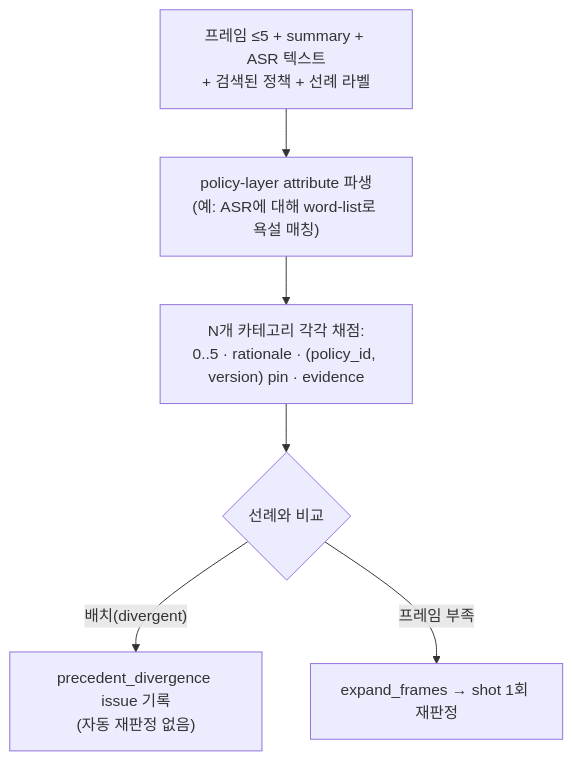
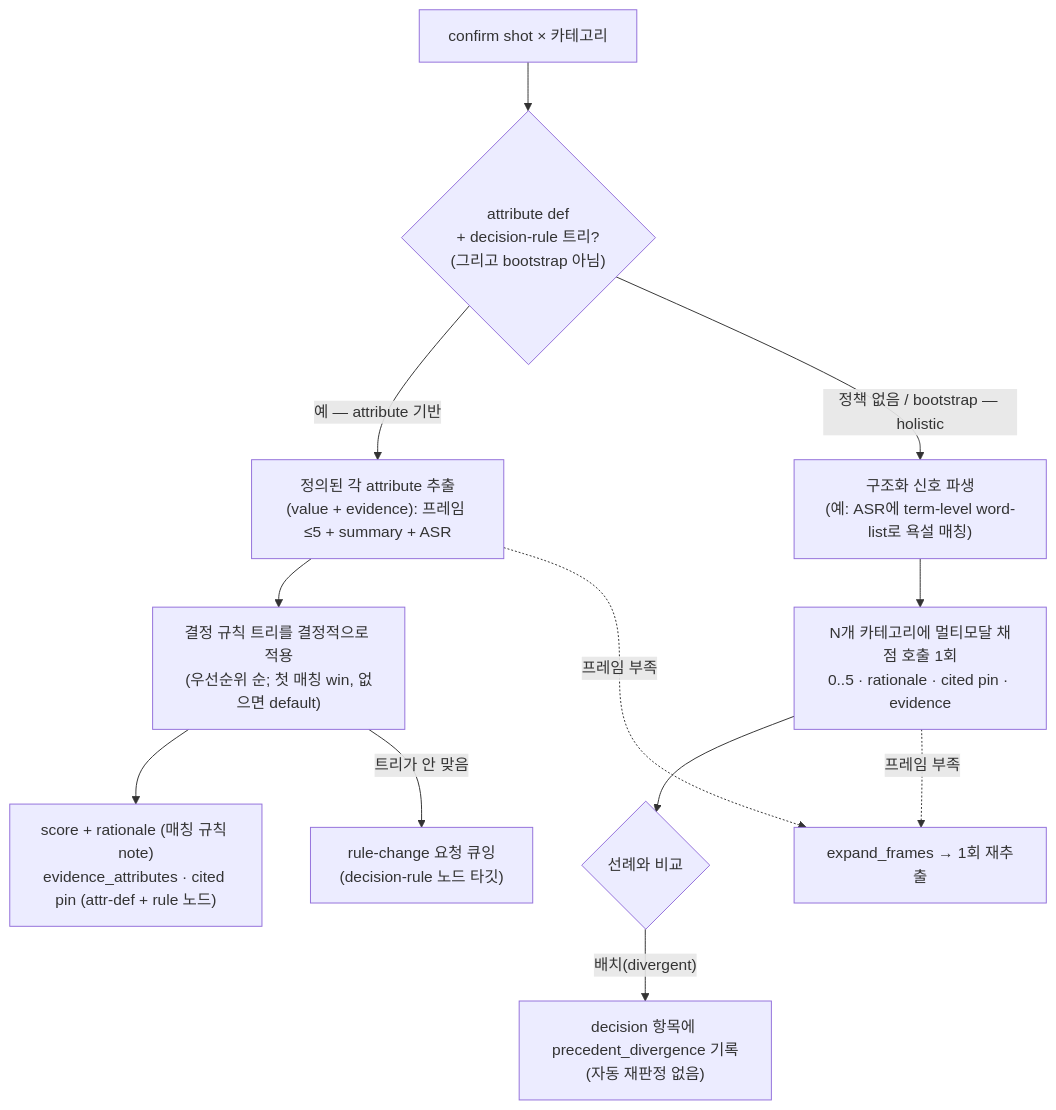
Before and after one commit to jhoowy/GV-Auto-Labelling-Agent: the second of 2 diagrams in docs/AGENT_WORKFLOW.ko.md, drawn with Mermaid. The commit also changed other lines of this file and 5 other files, not shown here.

First line of the commit message:
Update docs to match the policy redesign (attribute-driven JUDGE, decision tree, provenance)

````diff
--- a/docs/AGENT_WORKFLOW.ko.md
+++ b/docs/AGENT_WORKFLOW.ko.md
@@ -73,9 +79,18 @@
 ```mermaid
 flowchart TB
-  IN["프레임 ≤5 + summary + ASR 텍스트<br/>+ 검색된 정책 + 선례 라벨"]
-  IN --> DER["policy-layer attribute 파생<br/>(예: ASR에 대해 word-list로 욕설 매칭)"]
-  DER --> SC["N개 카테고리 각각 채점:<br/>0..5 · rationale · (policy_id, version) pin · evidence"]
-  SC --> CK{"선례와 비교"}
-  CK -->|"배치(divergent)"| ISS["precedent_divergence issue 기록<br/>(자동 재판정 없음)"]
-  CK -->|"프레임 부족"| EXP["expand_frames → shot 1회 재판정"]
+  IN["confirm shot × 카테고리"]
+  IN --> Q{"attribute def<br/>+ decision-rule 트리?<br/>(그리고 bootstrap 아님)"}
+
+  Q -->|"예 — attribute 기반"| EX["정의된 각 attribute 추출<br/>(value + evidence): 프레임 ≤5 + summary + ASR"]
+  EX --> AP["결정 규칙 트리를 결정적으로 적용<br/>(우선순위 순; 첫 매칭 win, 없으면 default)"]
+  AP --> SC1["score + rationale (매칭 규칙 note)<br/>evidence_attributes · cited pin (attr-def + rule 노드)"]
+  AP -->|"트리가 안 맞음"| RC["rule-change 요청 큐잉<br/>(decision-rule 노드 타깃)"]
+
+  Q -->|"정책 없음 / bootstrap — holistic"| HD["구조화 신호 파생<br/>(예: ASR에 term-level word-list로 욕설 매칭)"]
+  HD --> HS["N개 카테고리에 멀티모달 채점 호출 1회<br/>0..5 · rationale · cited pin · evidence"]
+  HS --> CK{"선례와 비교"}
+  CK -->|"배치(divergent)"| ISS["decision 항목에 precedent_divergence 기록<br/>(자동 재판정 없음)"]
+
+  EX -.->|"프레임 부족"| EXP["expand_frames → 1회 재추출"]
+  HS -.->|"프레임 부족"| EXP
 ```
````
